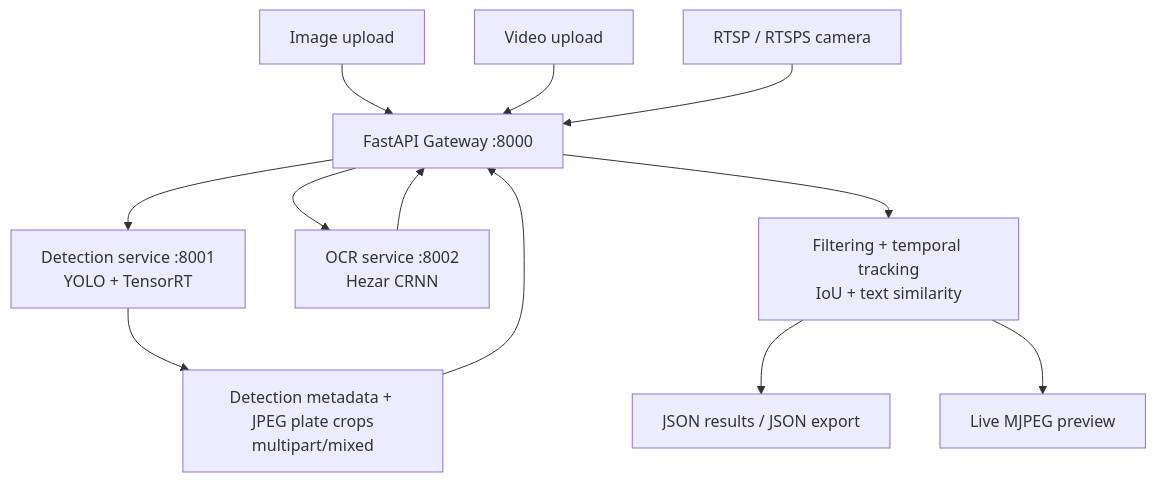
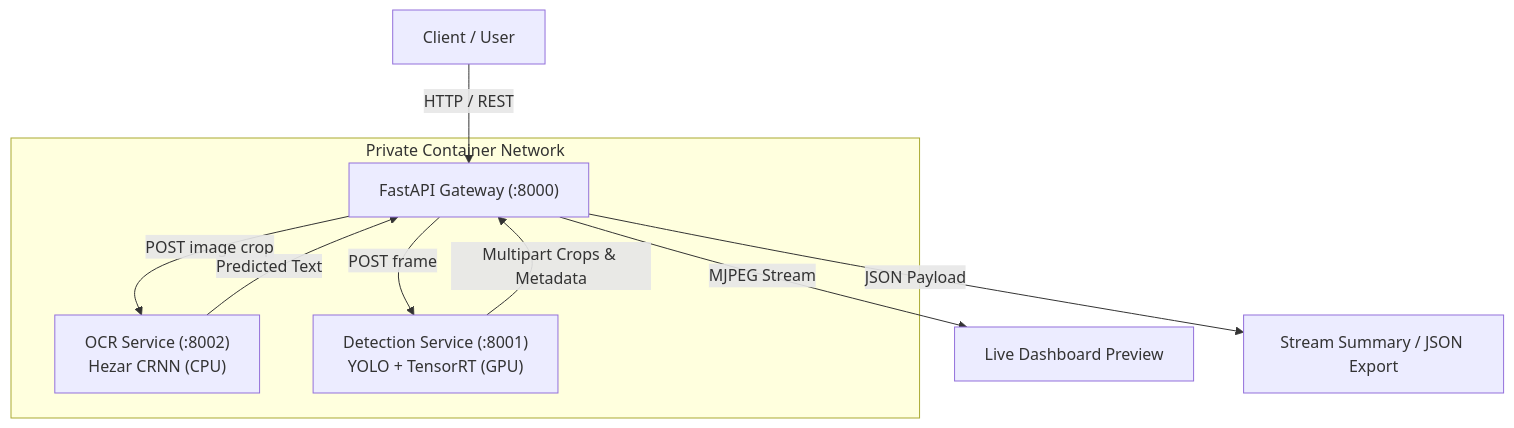
The first of 2 diagrams in README.md (mehdinmz/ALPR-Persian), drawn with Mermaid before and after one commit. The commit also changed other lines of this file, not shown here.

````diff
--- a/README.md
+++ b/README.md
@@ -80,14 +62,15 @@
-``` mermaid
+```mermaid
 flowchart TD
-    A["Image upload"] --> G["FastAPI Gateway :8000"]
-    B["Video upload"] --> G
-    C["RTSP / RTSPS camera"] --> G
-    G --> D["Detection service :8001<br/>YOLO + TensorRT"]
-    D --> E["Detection metadata + JPEG plate crops<br/>multipart/mixed"]
-    E --> G
-    G --> F["OCR service :8002<br/>Hezar CRNN"]
-    F --> G
-    G --> H["Filtering + temporal tracking<br/>IoU + text similarity"]
-    H --> I["JSON results / JSON export"]
-    H --> J["Live MJPEG preview"]
+    Client["Client / User"] -->|HTTP / REST| Gateway["FastAPI Gateway (:8000)"]
+    
+    subgraph Docker Network [Private Container Network]
+        Gateway -->|POST image crop| OCR["OCR Service (:8002)<br/>Hezar CRNN (CPU)"]
+        Gateway -->|POST frame| Detect["Detection Service (:8001)<br/>YOLO + TensorRT (GPU)"]
+    end
+
+    Detect -->|Multipart Crops & Metadata| Gateway
+    OCR -->|Predicted Text| Gateway
+
+    Gateway -->|MJPEG Stream| Live["Live Dashboard Preview"]
+    Gateway -->|JSON Payload| Export["Stream Summary / JSON Export"]
 ```
````
